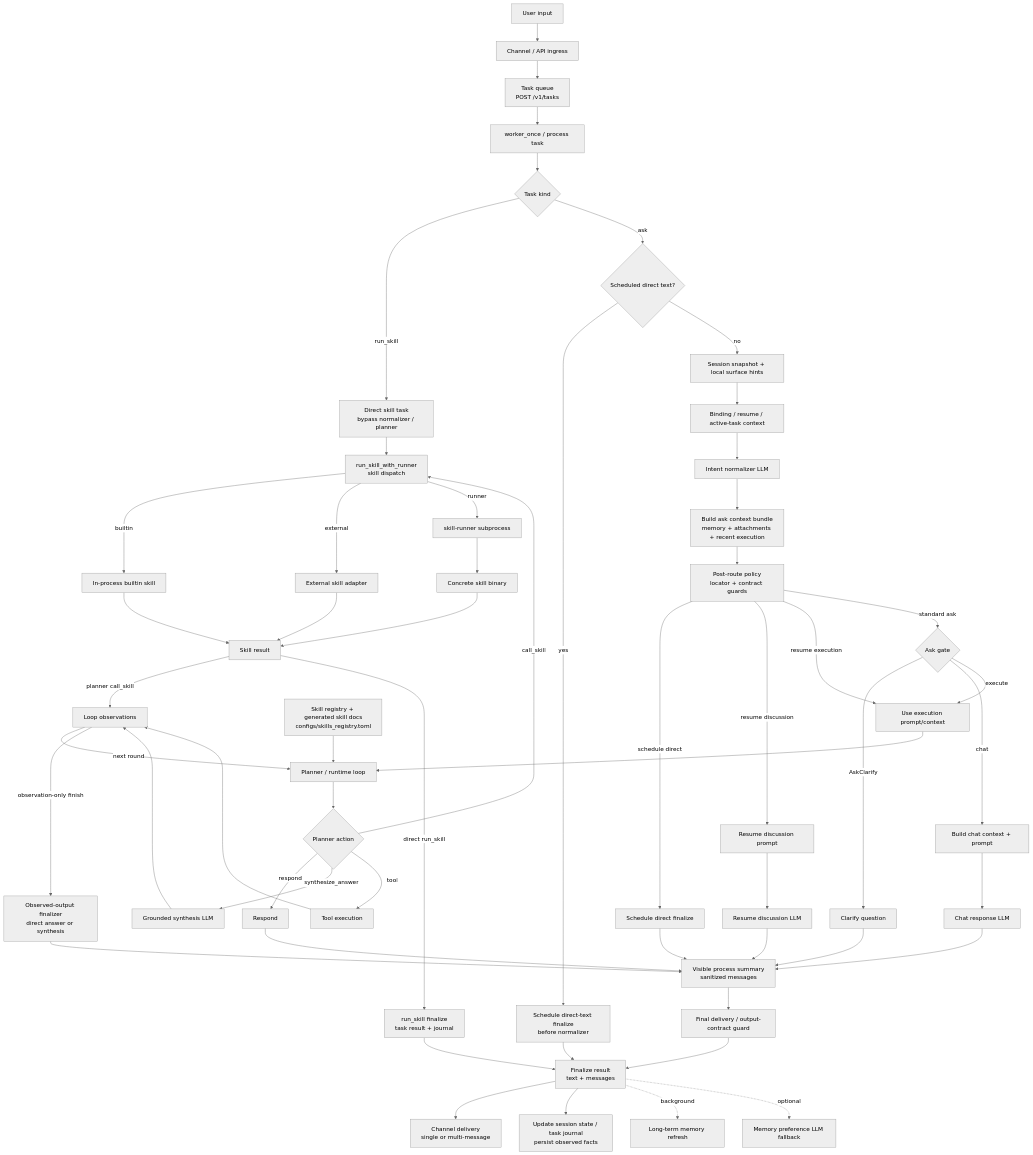
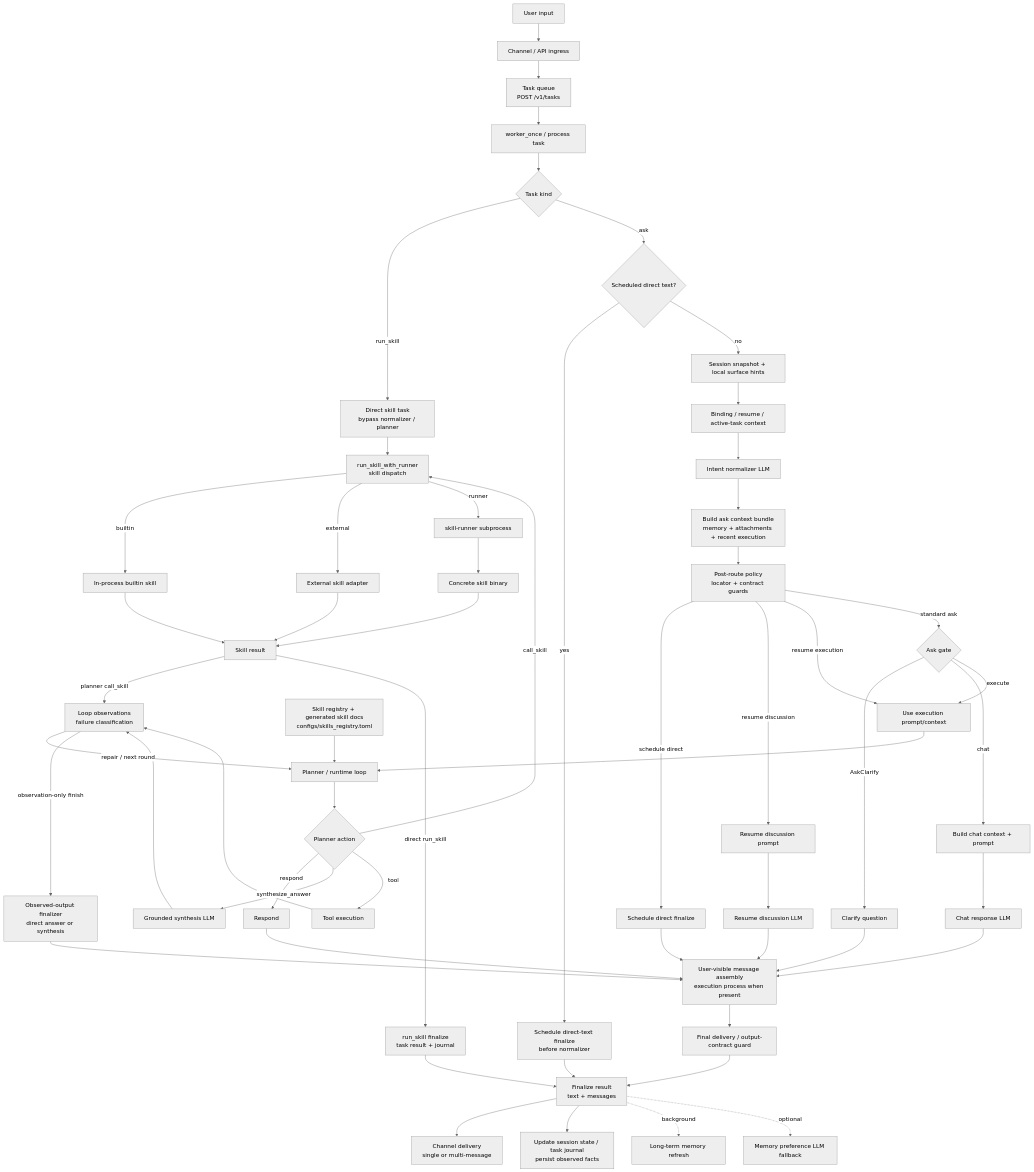
Before and after one commit to MatrixCoreX/RustClaw: the first of 2 diagrams in README.md, drawn with Mermaid (neutral theme). The commit also changed other lines of this file and 1 other file, not shown here.

Commit message:
Align README flow diagrams

````diff
--- a/README.md
+++ b/README.md
@@ -28,59 +28,59 @@
 ```mermaid
 flowchart TD
     A[User input] --> B[Channel / API ingress]
     B --> B1[Task queue<br/>POST /v1/tasks]
     B1 --> B2[worker_once / process task]
     B2 --> B3{Task kind}
     B3 -->|run_skill| RS[Direct skill task<br/>bypass normalizer / planner]
     B3 -->|ask| C0{Scheduled direct text?}
     C0 -->|yes| SD0[Schedule direct-text finalize<br/>before normalizer]
     C0 -->|no| C[Session snapshot + local surface hints]
     C --> D[Binding / resume / active-task context]
     D --> E[Intent normalizer LLM]
     E --> EC[Build ask context bundle<br/>memory + attachments + recent execution]
     EC --> E2[Post-route policy<br/>locator + contract guards]
     E2 -->|schedule direct| SD[Schedule direct finalize]
     E2 -->|resume discussion| RD[Resume discussion prompt]
     E2 -->|resume execution| H
     E2 -->|standard ask| F{Ask gate}
     F -->|AskClarify| G[Clarify question]
     F -->|chat| CH[Build chat context + prompt]
     CH --> CR[Chat response LLM]
     F -->|execute| H[Use execution prompt/context]
     SK[Skill registry + generated skill docs<br/>configs/skills_registry.toml] --> I
     H --> I[Planner / runtime loop]
     I --> L{Planner action}
     L -->|respond| M[Respond]
     L -->|synthesize_answer| SS[Grounded synthesis LLM]
     L -->|tool| N[Tool execution]
     L -->|call_skill| N1[run_skill_with_runner<br/>skill dispatch]
     RS --> N1
     N1 -->|builtin| N1B[In-process builtin skill]
     N1 -->|external| N1E[External skill adapter]
     N1 -->|runner| N2[skill-runner subprocess]
     N2 --> N3[Concrete skill binary]
     N1B --> SR[Skill result]
     N1E --> SR
     N3 --> SR
     SR -->|planner call_skill| P
     SR -->|direct run_skill| RSK[run_skill finalize<br/>task result + journal]
-    N --> P[Loop observations]
+    N --> P[Loop observations<br/>failure classification]
     SS --> P
-    P -->|next round| I
+    P -->|repair / next round| I
     P -->|observation-only finish| OF[Observed-output finalizer<br/>direct answer or synthesis]
-    M --> VP[Visible process summary<br/>sanitized messages]
+    M --> VP[User-visible message assembly<br/>execution process when present]
     CR --> VP
     G --> VP
     OF --> VP
     SD --> VP
     RD --> RDL[Resume discussion LLM]
     RDL --> VP
     VP --> Q[Final delivery / output-contract guard]
     Q --> R[Finalize result<br/>text + messages]
     SD0 --> R
     RSK --> R
     R --> S[Channel delivery<br/>single or multi-message]
     R --> T[Update session state / task journal<br/>persist observed facts]
     R -. background .-> U[Long-term memory refresh]
     R -. optional .-> V[Memory preference LLM fallback]
 ```
````
